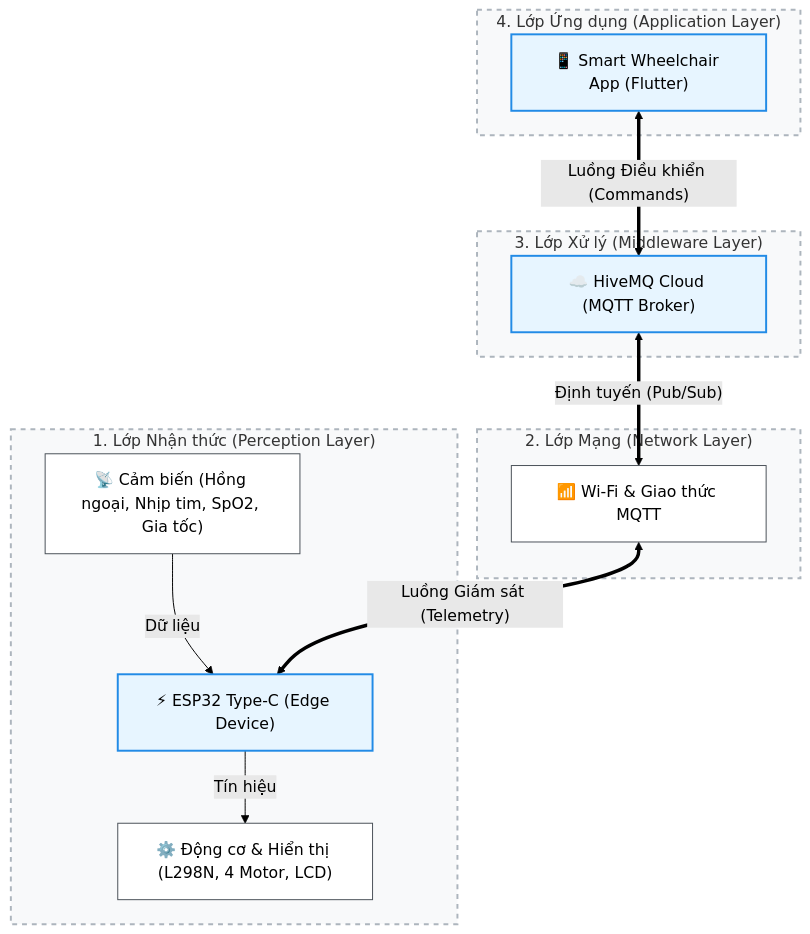
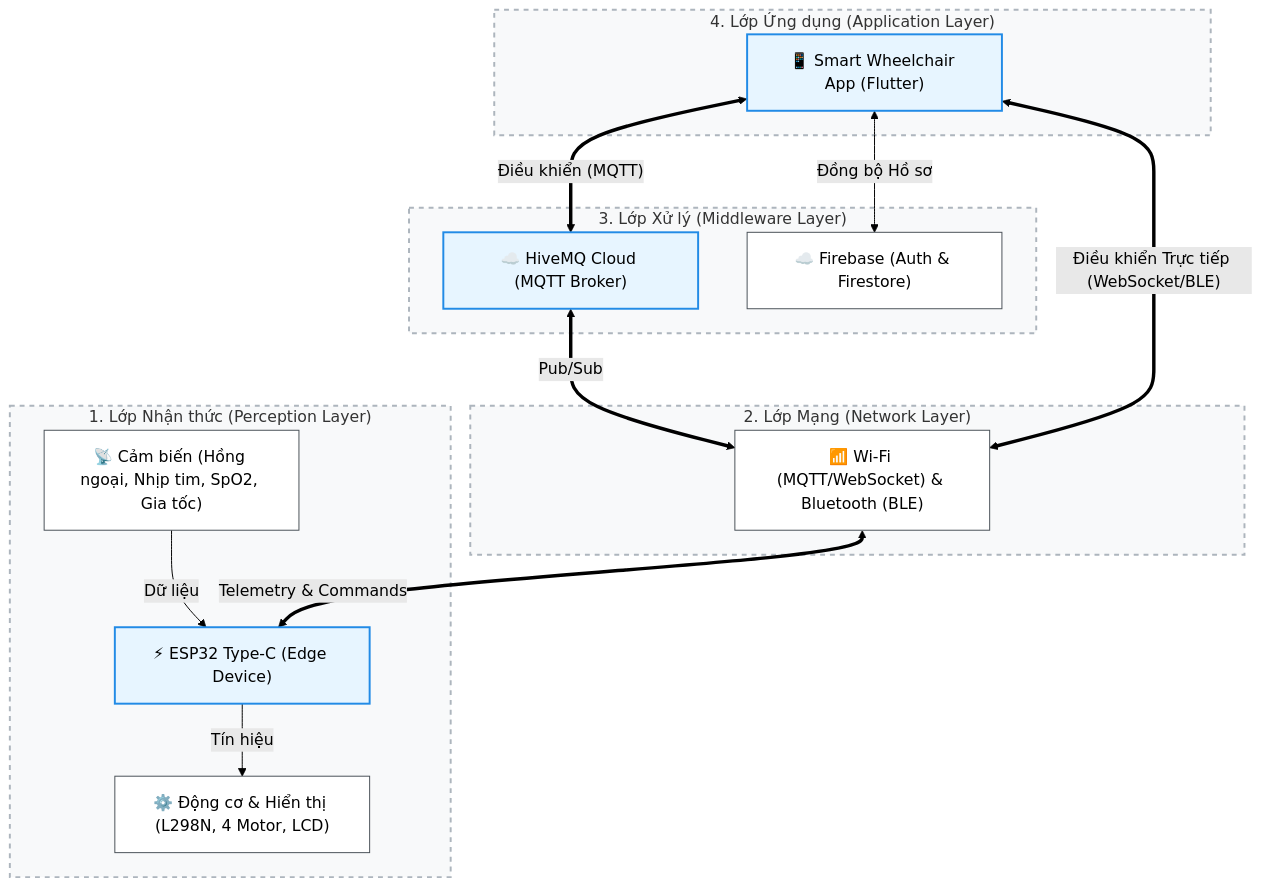
Before and after one commit to l3-vu0ng/SmartWheelchair: the diagram in README.md, drawn with Mermaid (forest theme). The commit also changed other lines of this file and 18 other files, not shown here.

````diff
--- a/README.md
+++ b/README.md
@@ -50,34 +51,37 @@
 ```mermaid
 flowchart TD
     classDef layerFill fill:#f8f9fa,stroke:#adb5bd,stroke-width:2px,stroke-dasharray: 5 5
     classDef item fill:#ffffff,stroke:#495057,stroke-width:1px
     classDef highlight fill:#e7f5ff,stroke:#228be6,stroke-width:2px
 
     subgraph L4 ["4. Lớp Ứng dụng (Application Layer)"]
         App["📱 Smart Wheelchair App (Flutter)"]:::highlight
     end
 
     subgraph L3 ["3. Lớp Xử lý (Middleware Layer)"]
         Broker["☁️ HiveMQ Cloud (MQTT Broker)"]:::highlight
+        Firebase["☁️ Firebase (Auth & Firestore)"]:::item
     end
 
     subgraph L2 ["2. Lớp Mạng (Network Layer)"]
-        Network["📶 Wi-Fi & Giao thức MQTT"]:::item
+        Network["📶 Wi-Fi (MQTT/WebSocket) & Bluetooth (BLE)"]:::item
     end
 
     subgraph L1 ["1. Lớp Nhận thức (Perception Layer)"]
         ESP["⚡ ESP32 Type-C (Edge Device)"]:::highlight
         Sensors["📡 Cảm biến (Hồng ngoại, Nhịp tim, SpO2, Gia tốc)"]:::item
         Actuators["⚙️ Động cơ & Hiển thị (L298N, 4 Motor, LCD)"]:::item
         
         Sensors -- "Dữ liệu" --> ESP
         ESP -- "Tín hiệu" --> Actuators
     end
 
     %% Liên kết giữa các lớp
-    App <=="Luồng Điều khiển (Commands)"==> Broker
-    Broker <=="Định tuyến (Pub/Sub)"==> Network
-    Network <=="Luồng Giám sát (Telemetry)"==> ESP
+    App <--"Đồng bộ Hồ sơ"--> Firebase
+    App <=="Điều khiển (MQTT)"==> Broker
+    Broker <=="Pub/Sub"==> Network
+    App <=="Điều khiển Trực tiếp (WebSocket/BLE)"==> Network
+    Network <=="Telemetry & Commands"==> ESP
 
     class L1,L2,L3,L4 layerFill
 ```
````
